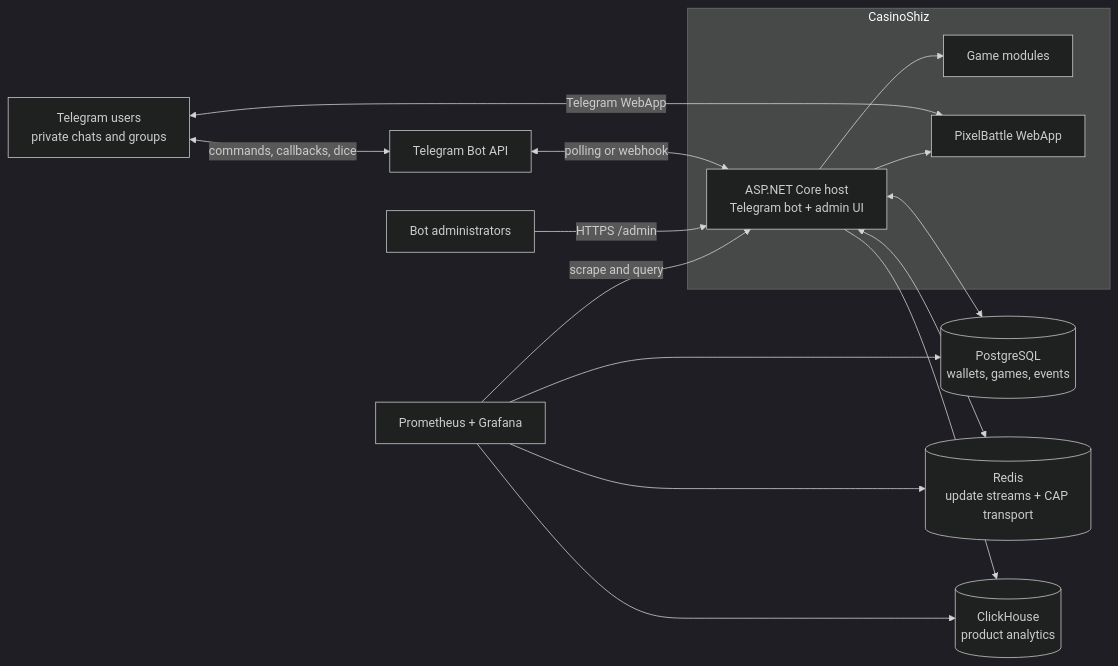
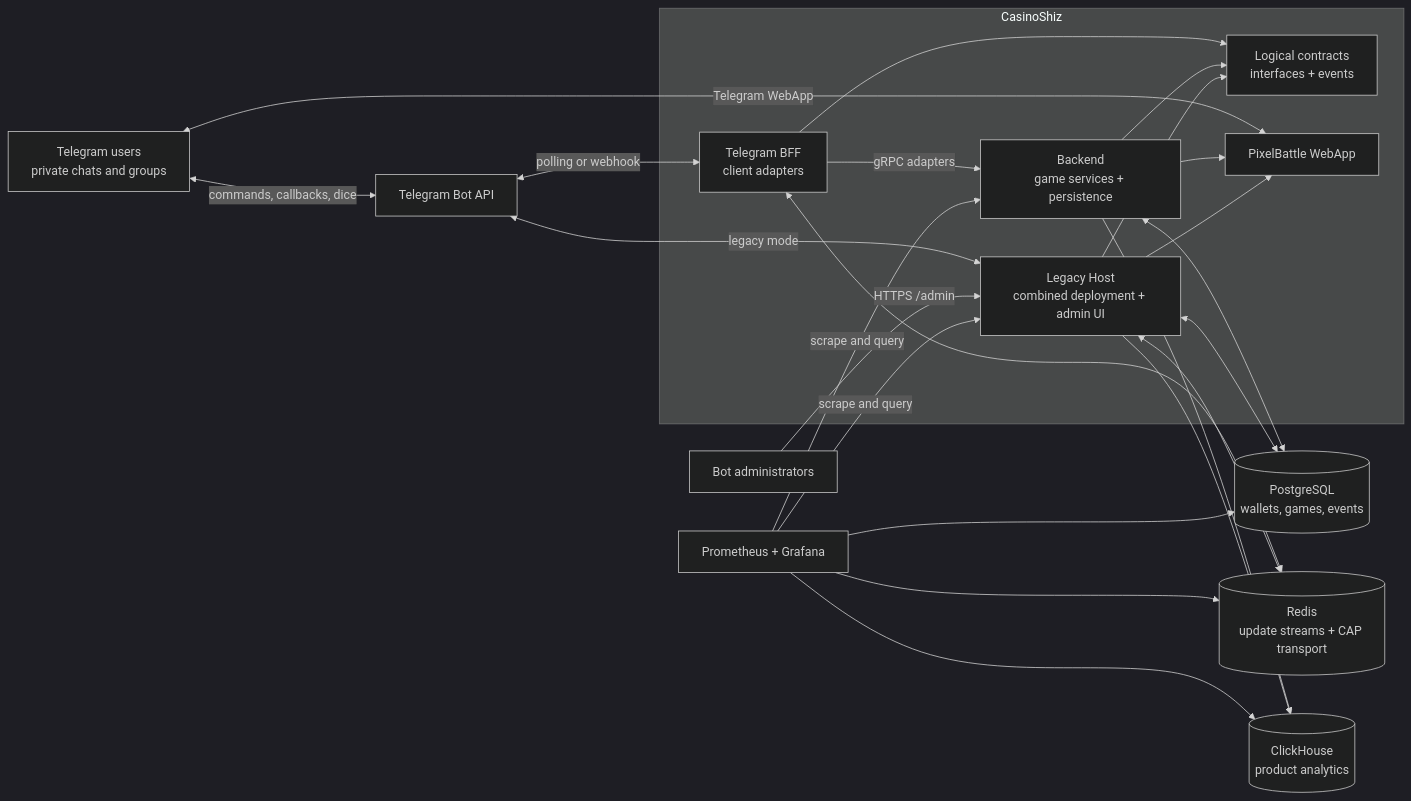
Before and after one commit to cpp20120/GameShiz: the first of 19 diagrams in docs/arch.md, drawn with Mermaid (dark theme). The commit also changed other lines of this file and 541 other files, not shown here.

Commit message:
feat: establish BFF and microservice deployment boundaries

````diff
--- a/docs/arch.md
+++ b/docs/arch.md
@@ -9,32 +35,43 @@
 ```mermaid
 flowchart LR
     player["Telegram users<br/>private chats and groups"]
     admin["Bot administrators"]
     telegram["Telegram Bot API"]
 
     subgraph system["CasinoShiz"]
-        host["ASP.NET Core host<br/>Telegram bot + admin UI"]
-        modules["Game modules"]
+        bff["Telegram BFF<br/>client adapters"]
+        backend["Backend<br/>game services + persistence"]
+        legacy["Legacy Host<br/>combined deployment + admin UI"]
+        contracts["Logical contracts<br/>interfaces + events"]
         webapp["PixelBattle WebApp"]
     end
 
     postgres[("PostgreSQL<br/>wallets, games, events")]
     redis[("Redis<br/>update streams + CAP transport")]
     clickhouse[("ClickHouse<br/>product analytics")]
     monitoring["Prometheus + Grafana"]
 
     player <-->|"commands, callbacks, dice"| telegram
-    telegram <-->|"polling or webhook"| host
+    telegram <-->|"polling or webhook"| bff
+    telegram <-->|"legacy mode"| legacy
     player <-->|"Telegram WebApp"| webapp
-    admin -->|"HTTPS /admin"| host
+    admin -->|"HTTPS /admin"| legacy
 
-    host --> modules
-    host --> webapp
-    host <--> postgres
-    host <--> redis
-    host --> clickhouse
-    monitoring -->|"scrape and query"| host
+    bff --> contracts
+    backend --> contracts
+    legacy --> contracts
+    bff -->|"gRPC adapters"| backend
+    backend --> webapp
+    legacy --> webapp
+    backend <--> postgres
+    legacy <--> postgres
+    bff <--> redis
+    legacy <--> redis
+    backend --> clickhouse
+    legacy --> clickhouse
+    monitoring -->|"scrape and query"| backend
+    monitoring -->|"scrape and query"| legacy
     monitoring --> redis
     monitoring --> postgres
     monitoring --> clickhouse
 ```
````
